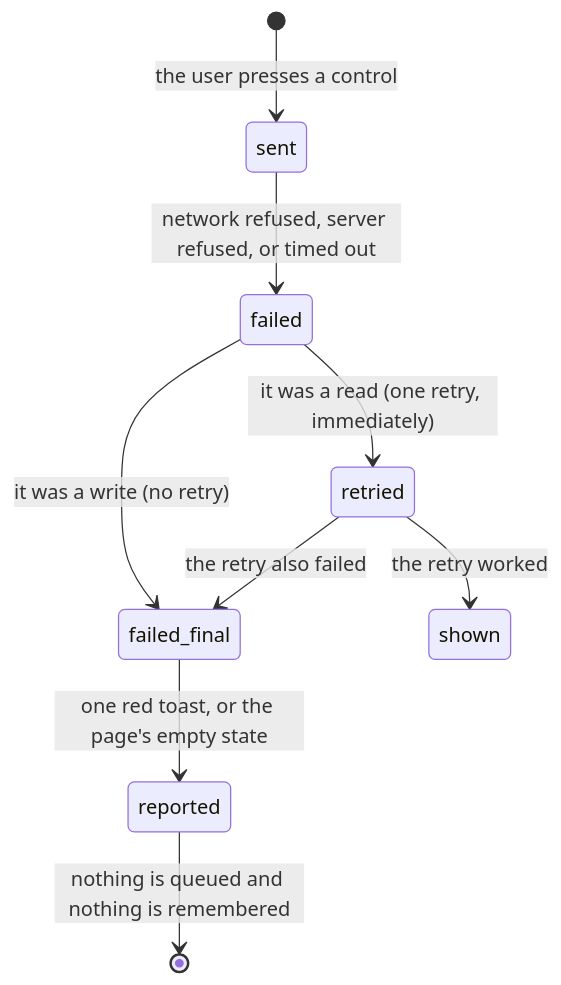
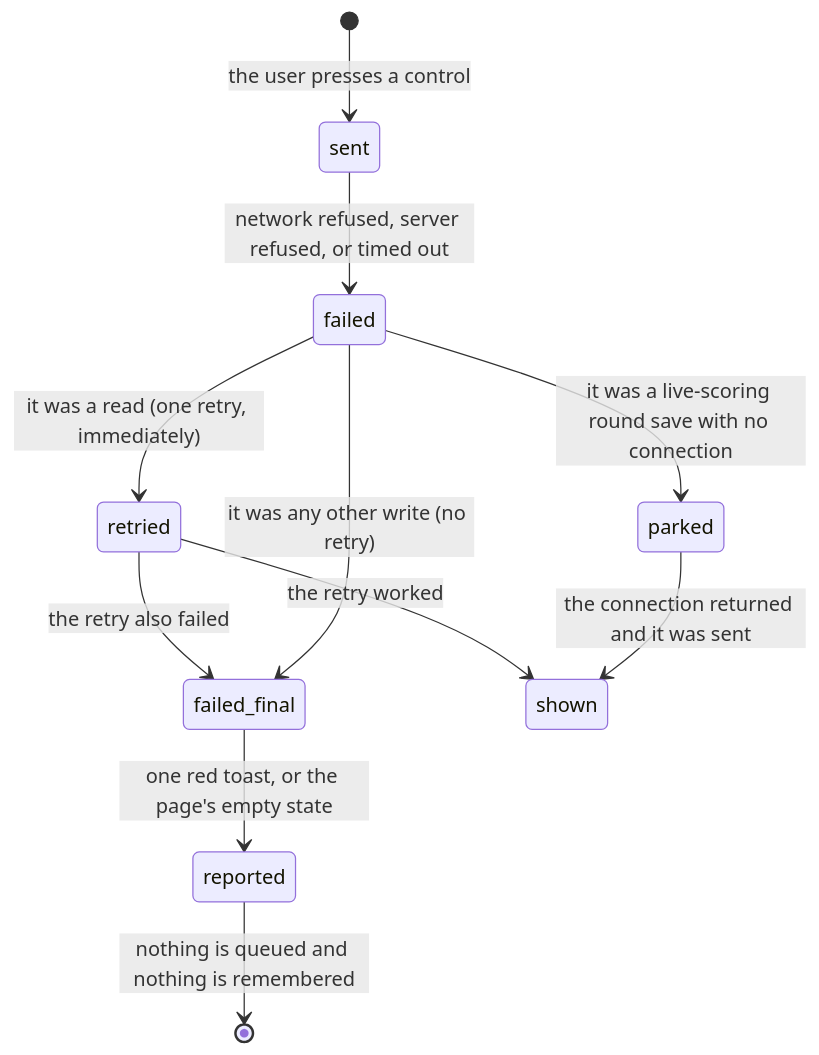
Before and after one commit to DougZeThug/717rec: the diagram in docs/product-description/cross-cutting/errors-and-offline.md, drawn with Mermaid. The commit also changed other lines of this file and 22 other files, not shown here.

````diff
--- a/docs/product-description/cross-cutting/errors-and-offline.md
+++ b/docs/product-description/cross-cutting/errors-and-offline.md
@@ -63,11 +63,13 @@
 ```mermaid
 stateDiagram-v2
     [*] --> sent : the user presses a control
     sent --> failed : network refused, server refused, or timed out
     failed --> retried : it was a read (one retry, immediately)
     retried --> failed_final : the retry also failed
     retried --> shown : the retry worked
-    failed --> failed_final : it was a write (no retry)
+    failed --> parked : it was a live-scoring round save with no connection
+    parked --> shown : the connection returned and it was sent
+    failed --> failed_final : it was any other write (no retry)
     failed_final --> reported : one red toast, or the page's empty state
     reported --> [*] : nothing is queued and nothing is remembered
 ```
````
